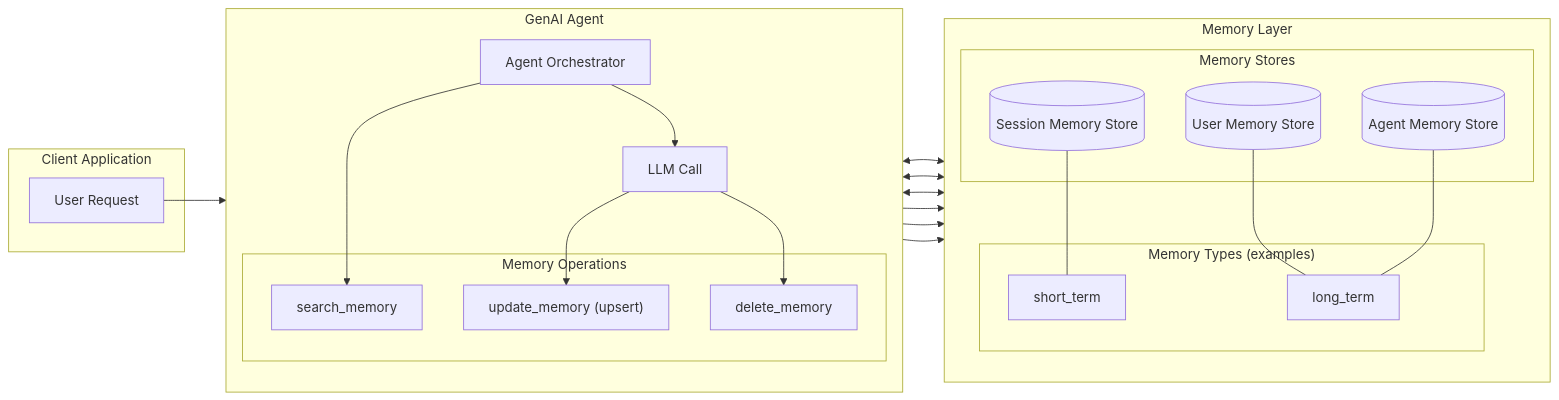
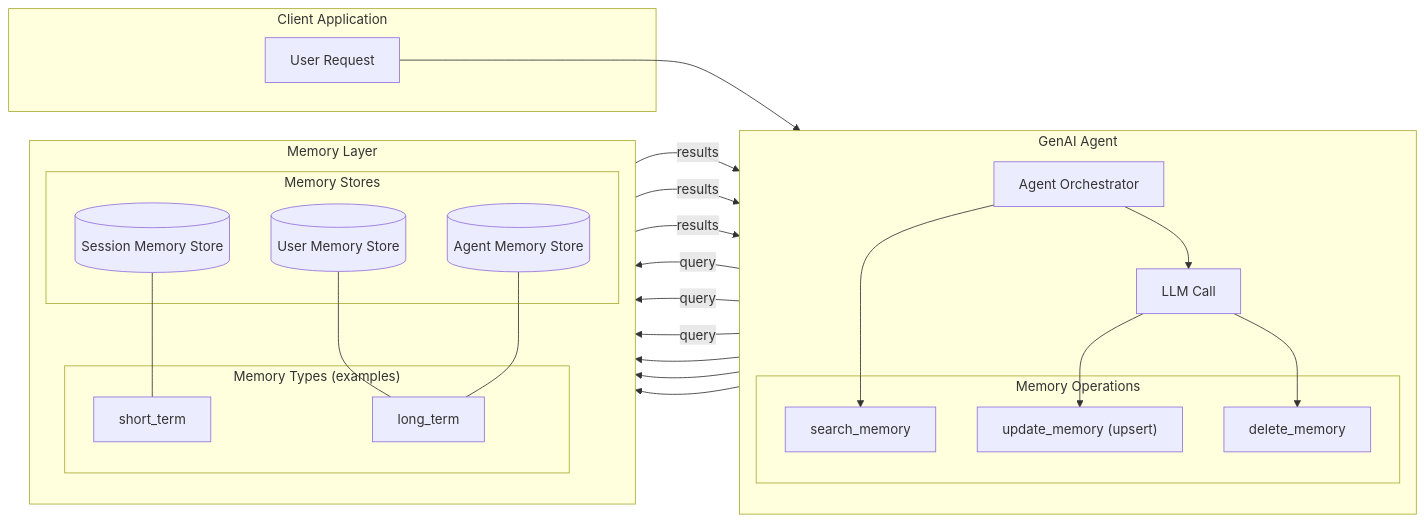
The fifth of 5 diagrams in docs/gen-ai/non-normative/memory_implementation_gen_ai_spec.md (open-telemetry/semantic-conventions), drawn with Mermaid before and after one commit. The commit also changed 11 other files, not shown here.

````diff
--- a/docs/gen-ai/non-normative/memory_implementation_gen_ai_spec.md
+++ b/docs/gen-ai/non-normative/memory_implementation_gen_ai_spec.md
@@ -549,52 +549,55 @@
 ```mermaid
 flowchart LR
     subgraph Client["Client Application"]
         U[User Request]
     end
 
     subgraph Agent["GenAI Agent"]
         direction TB
         A[Agent Orchestrator]
 
         subgraph ops["Memory Operations"]
             S[search_memory]
             UP["update_memory (upsert)"]
             D[delete_memory]
         end
 
         L[LLM Call]
     end
 
     subgraph MemoryLayer["Memory Layer"]
         direction TB
 
         subgraph stores["Memory Stores"]
             MS1[(User Memory Store)]
             MS2[(Session Memory Store)]
             MS3[(Agent Memory Store)]
         end
 
         subgraph tiers["Memory Types (examples)"]
             T1[short_term]
             T2[long_term]
         end
     end
 
     U --> A
     A --> S
     A --> L
     L --> UP
     L --> D
 
-    S <--> MS1
-    S <--> MS2
-    S <--> MS3
+    S -->|query| MS1
+    MS1 -->|results| S
+    S -->|query| MS2
+    MS2 -->|results| S
+    S -->|query| MS3
+    MS3 -->|results| S
 
     UP --> MS1
     UP --> MS2
     UP --> MS3
 
     MS1 --- T2
     MS2 --- T1
     MS3 --- T2
 ```
````
